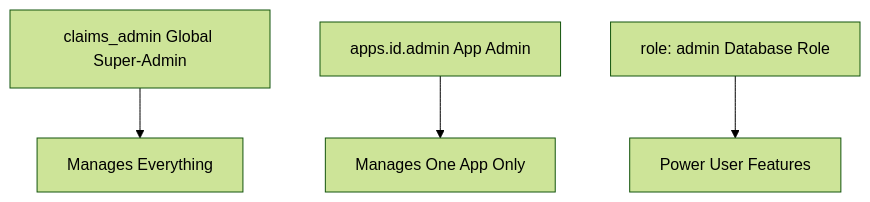
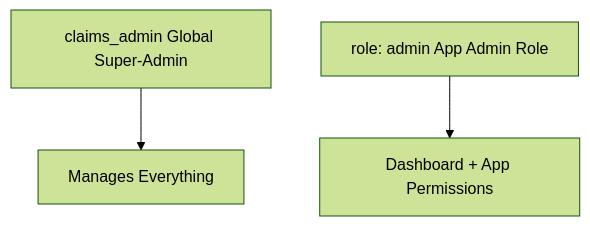
One commit to aberhamm/supabase-access-broker changed the diagram in content/docs/authorization/admin-types.md. Above: the diagram before and after it, drawn with Mermaid (forest theme). The commit also changed other lines of this file and 21 other files, not shown here.

First line of the commit message:
refactor: update admin role handling in claims and authorization logic

````diff
--- a/content/docs/authorization/admin-types.md
+++ b/content/docs/authorization/admin-types.md
@@ -13,6 +13,5 @@
 ```mermaid
 graph TD
     GlobalAdmin[claims_admin Global Super-Admin] --> AllApps[Manages Everything]
-    AppAdmin[apps.id.admin App Admin] --> OneApp[Manages One App Only]
-    RoleAdmin[role: admin Database Role] --> Features[Power User Features]
+    AppAdmin[role: admin App Admin Role] --> OneApp[Dashboard + App Permissions]
 ```
````
